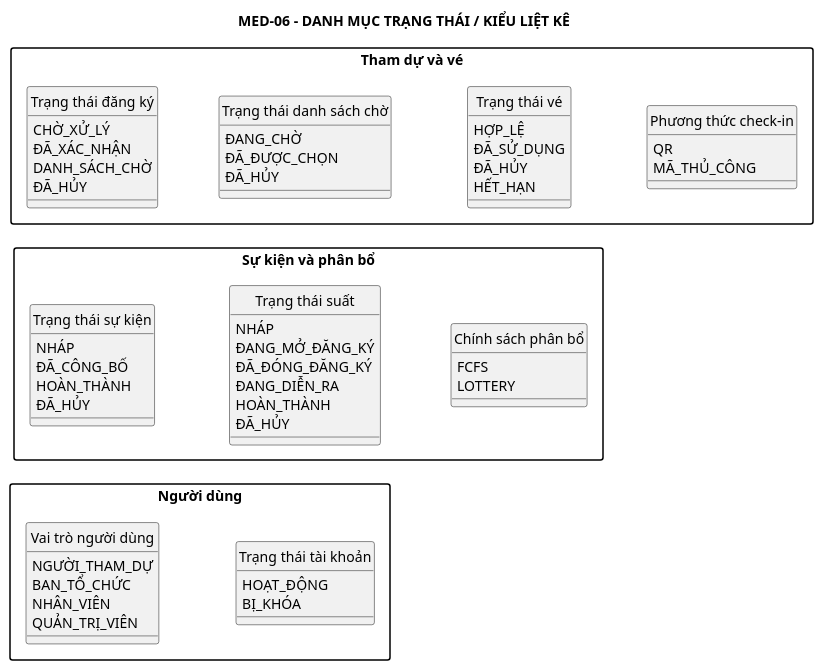
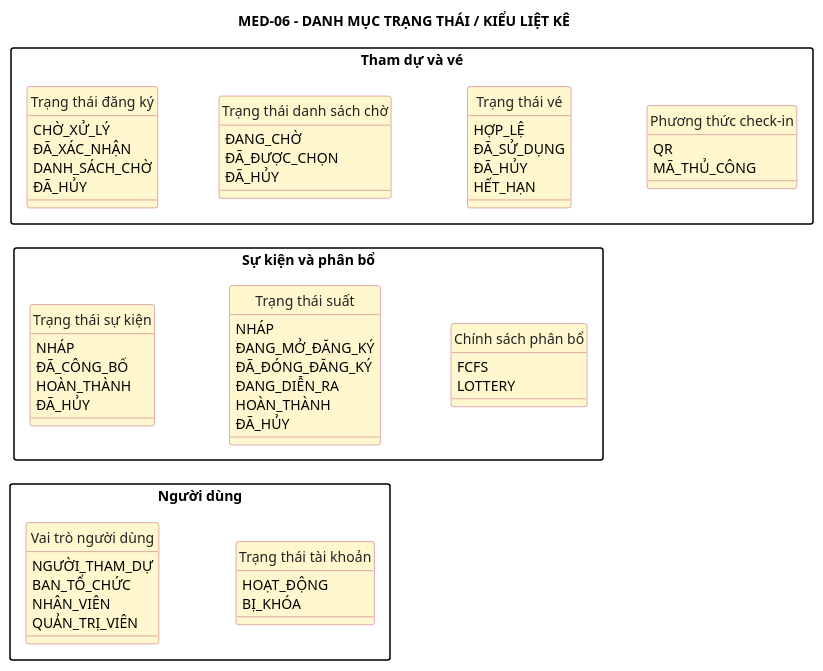
Before and after one commit to anh632k-ui/OOP-DoAn: the diagram in PTTK/02_DomainModel/02-domain-status-enums.puml, drawn with PlantUML. The commit also changed 5 other files, not shown here.

```diff
--- a/PTTK/02_DomainModel/02-domain-status-enums.puml
+++ b/PTTK/02_DomainModel/02-domain-status-enums.puml
@@ -1,75 +1,80 @@
 @startuml
+skinparam class {
+ BackgroundColor #FFF8CE
+ BorderColor #C05773
+ ArrowColor #C05773
+ FontColor #222222
+}
 left to right direction
-skinparam monochrome true
 skinparam shadowing false
 skinparam defaultFontSize 14
 skinparam packageStyle rectangle
 skinparam classAttributeIconSize 0
 hide circle
 
 title MED-06 - DANH MỤC TRẠNG THÁI / KIỂU LIỆT KÊ
 
 package "Người dùng" {
   enum "Vai trò người dùng" as VaiTroNguoiDung {
     NGƯỜI_THAM_DỰ
     BAN_TỔ_CHỨC
     NHÂN_VIÊN
     QUẢN_TRỊ_VIÊN
   }
   enum "Trạng thái tài khoản" as TrangThaiTaiKhoan {
     HOẠT_ĐỘNG
     BỊ_KHÓA
   }
   VaiTroNguoiDung -[hidden]down- TrangThaiTaiKhoan
 }
 
 package "Sự kiện và phân bổ" {
   enum "Trạng thái sự kiện" as TrangThaiSuKien {
     NHÁP
     ĐÃ_CÔNG_BỐ
     HOÀN_THÀNH
     ĐÃ_HỦY
   }
   enum "Trạng thái suất" as TrangThaiSuat {
     NHÁP
     ĐANG_MỞ_ĐĂNG_KÝ
     ĐÃ_ĐÓNG_ĐĂNG_KÝ
     ĐANG_DIỄN_RA
     HOÀN_THÀNH
     ĐÃ_HỦY
   }
   enum "Chính sách phân bổ" as ChinhSachPhanBo {
     FCFS
     LOTTERY
   }
   TrangThaiSuKien -[hidden]down- TrangThaiSuat
   TrangThaiSuat -[hidden]down- ChinhSachPhanBo
 }
 
 package "Tham dự và vé" {
   enum "Trạng thái đăng ký" as TrangThaiDangKy {
     CHỜ_XỬ_LÝ
     ĐÃ_XÁC_NHẬN
     DANH_SÁCH_CHỜ
     ĐÃ_HỦY
   }
   enum "Trạng thái danh sách chờ" as TrangThaiDanhSachCho {
     ĐANG_CHỜ
     ĐÃ_ĐƯỢC_CHỌN
     ĐÃ_HỦY
   }
   enum "Trạng thái vé" as TrangThaiVe {
     HỢP_LỆ
     ĐÃ_SỬ_DỤNG
     ĐÃ_HỦY
     HẾT_HẠN
   }
   enum "Phương thức check-in" as PhuongThucCheckIn {
     QR
     MÃ_THỦ_CÔNG
   }
   TrangThaiDangKy -[hidden]down- TrangThaiDanhSachCho
   TrangThaiDanhSachCho -[hidden]down- TrangThaiVe
   TrangThaiVe -[hidden]down- PhuongThucCheckIn
 }
 @enduml
```
